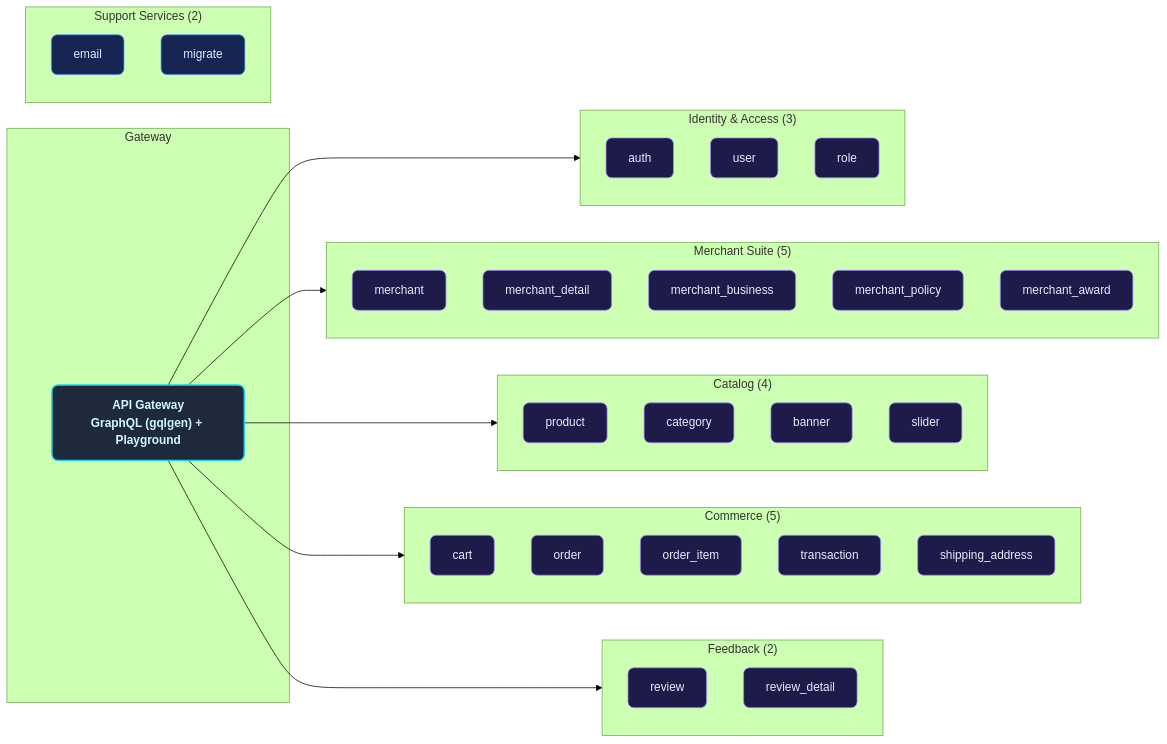
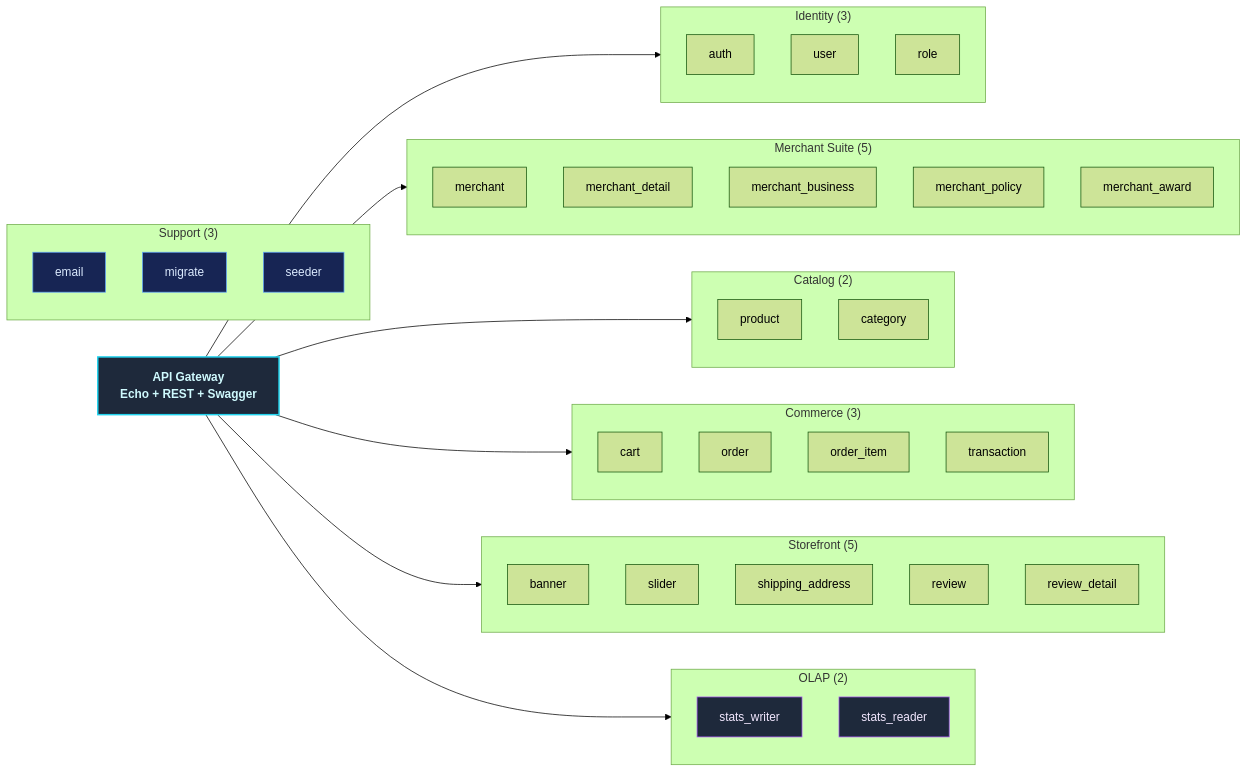
The second of 14 diagrams in README.md (MamangRust/microservice-ecommerce-grpc-graphql), drawn with Mermaid (forest theme) before and after one commit. The commit also changed other lines of this file and 1253 other files, not shown here.

````diff
--- a/README.md
+++ b/README.md
@@ -149,55 +275,61 @@
 ```mermaid
 graph LR
-    classDef svc fill:#1e1b4b,stroke:#a78bfa,color:#ede9fe,stroke-width:1px,rx:8
-    classDef gw fill:#1e293b,stroke:#22d3ee,color:#cffafe,stroke-width:2px,rx:8,font-weight:bold
-    classDef support fill:#172554,stroke:#60a5fa,color:#dbeafe,stroke-width:1px,rx:8
+    classDef svc fill:#1e1b4b,stroke:#a78bfa,color:#ede9fe,stroke-width:1px
+    classDef gw fill:#1e293b,stroke:#22d3ee,color:#cffafe,stroke-width:2px,font-weight:bold
+    classDef support fill:#172554,stroke:#60a5fa,color:#dbeafe,stroke-width:1px
+    classDef olap fill:#1e293b,stroke:#a855f7,color:#f3e8ff,stroke-width:1px
 
-    subgraph Gateway
-        API["API Gateway<br/>GraphQL (gqlgen) + Playground"]:::gw
-    end
+    API["API Gateway<br/>Echo + REST + Swagger"]:::gw
 
-    subgraph Identity["Identity & Access (3)"]
-        A1["auth"]:::svc
-        A2["user"]:::svc
-        A3["role"]:::svc
+    subgraph Identity["Identity (3)"]
+        A1["auth"]
+        A2["user"]
+        A3["role"]
     end
 
     subgraph Merchant["Merchant Suite (5)"]
-        M1["merchant"]:::svc
-        M2["merchant_detail"]:::svc
-        M3["merchant_business"]:::svc
-        M4["merchant_policy"]:::svc
-        M5["merchant_award"]:::svc
+        M1["merchant"]
+        M2["merchant_detail"]
+        M3["merchant_business"]
+        M4["merchant_policy"]
+        M5["merchant_award"]
     end
 
-    subgraph Catalog["Catalog (4)"]
-        C1["product"]:::svc
-        C2["category"]:::svc
-        C3["banner"]:::svc
-        C4["slider"]:::svc
+    subgraph Catalog["Catalog (2)"]
+        C1["product"]
+        C2["category"]
     end
 
-    subgraph Commerce["Commerce (5)"]
-        O1["cart"]:::svc
-        O2["order"]:::svc
-        O3["order_item"]:::svc
-        O4["transaction"]:::svc
-        O5["shipping_address"]:::svc
+    subgraph Commerce["Commerce (3)"]
+        O1["cart"]
+        O2["order"]
+        O3["order_item"]
+        O4["transaction"]
     end
 
-    subgraph Feedback["Feedback (2)"]
-        R1["review"]:::svc
-        R2["review_detail"]:::svc
+    subgraph Experience["Storefront (5)"]
+        X1["banner"]
+        X2["slider"]
+        X3["shipping_address"]
+        X4["review"]
+        X5["review_detail"]
     end
 
-    subgraph Support["Support Services (2)"]
-        S1["email"]:::support
-        S2["migrate"]:::support
+    subgraph OLAP["OLAP (2)"]
+        S1["stats_writer"]:::olap
+        S2["stats_reader"]:::olap
+    end
+
+    subgraph Support["Support (3)"]
+        T1["email"]:::support
+        T2["migrate"]:::support
+        T3["seeder"]:::support
     end
 
     API --> Identity
     API --> Merchant
     API --> Catalog
     API --> Commerce
-    API --> Feedback
+    API --> Experience
+    API --> OLAP
 ```
````
